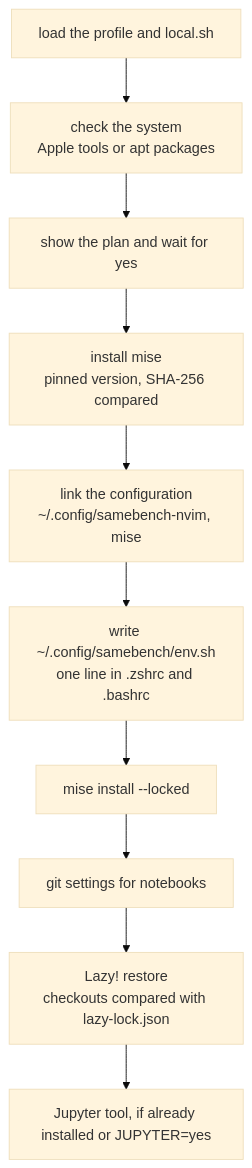
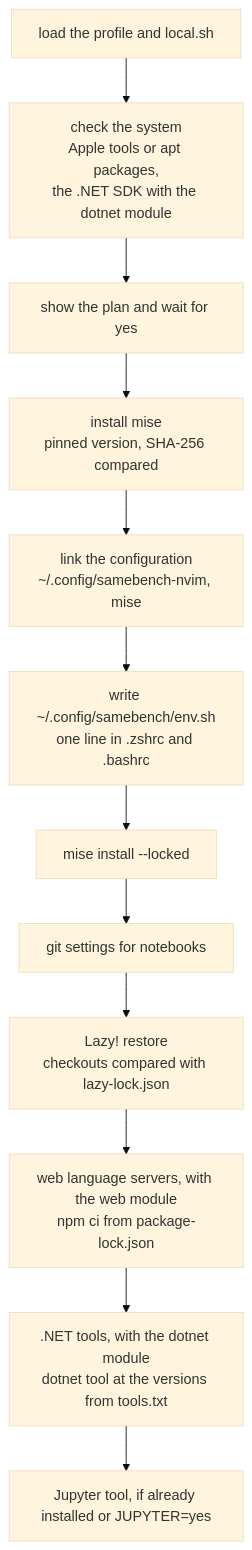
The diagram in docs/architecture.md (TechSiggi/samebench), drawn with Mermaid (base theme) before and after one commit. The commit also changed other lines of this file and 26 other files, not shown here.

First line of the commit message:
Impl: add web and dotnet modules with a trust question per project folder

````diff
--- a/docs/architecture.md
+++ b/docs/architecture.md
@@ -36,12 +39,14 @@
 ```mermaid
 flowchart TD
-    A["load the profile and local.sh"] --> B["check the system<br/>Apple tools or apt packages"]
+    A["load the profile and local.sh"] --> B["check the system<br/>Apple tools or apt packages,<br/>the .NET SDK with the dotnet module"]
     B --> C["show the plan and wait for yes"]
     C --> D["install mise<br/>pinned version, SHA-256 compared"]
     D --> E["link the configuration<br/>~/.config/samebench-nvim, mise"]
     E --> F["write ~/.config/samebench/env.sh<br/>one line in .zshrc and .bashrc"]
     F --> G["mise install --locked"]
     G --> H["git settings for notebooks"]
     H --> I["Lazy! restore<br/>checkouts compared with lazy-lock.json"]
-    I --> J["Jupyter tool, if already installed or JUPYTER=yes"]
+    I --> K["web language servers, with the web module<br/>npm ci from package-lock.json"]
+    K --> L[".NET tools, with the dotnet module<br/>dotnet tool at the versions from tools.txt"]
+    L --> J["Jupyter tool, if already installed or JUPYTER=yes"]
 ```
````
